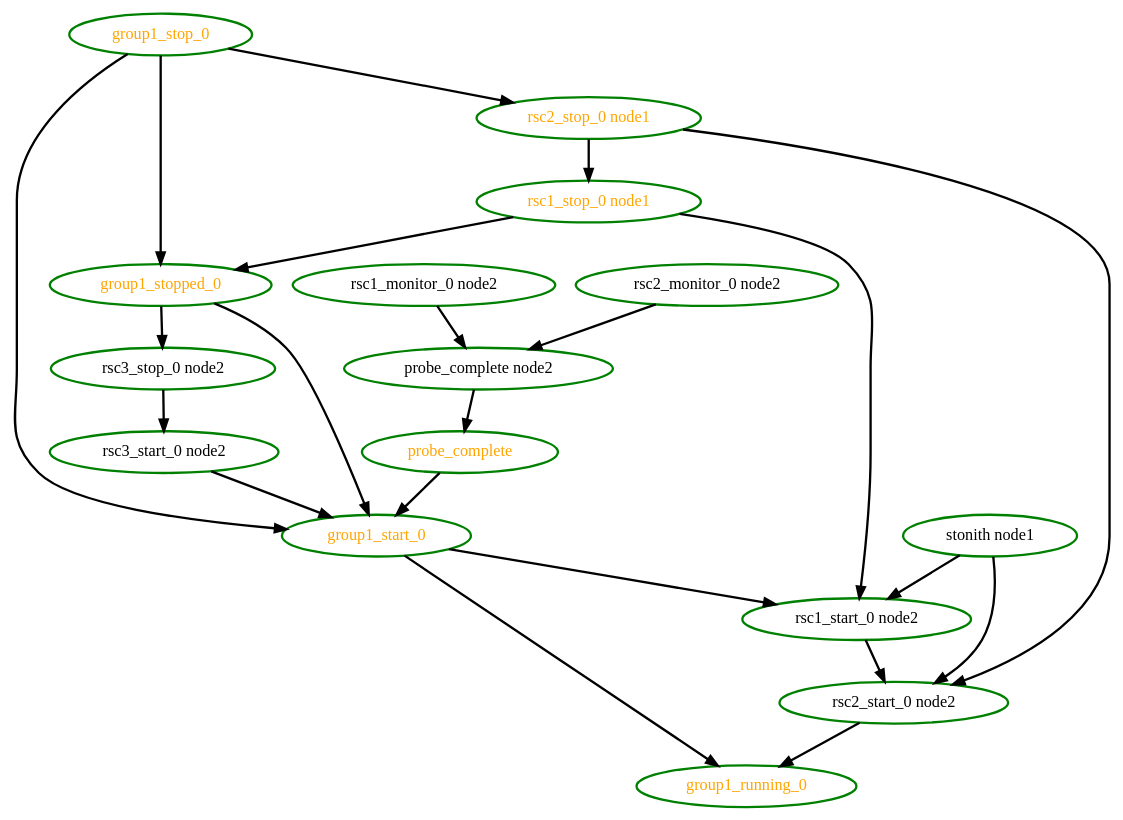
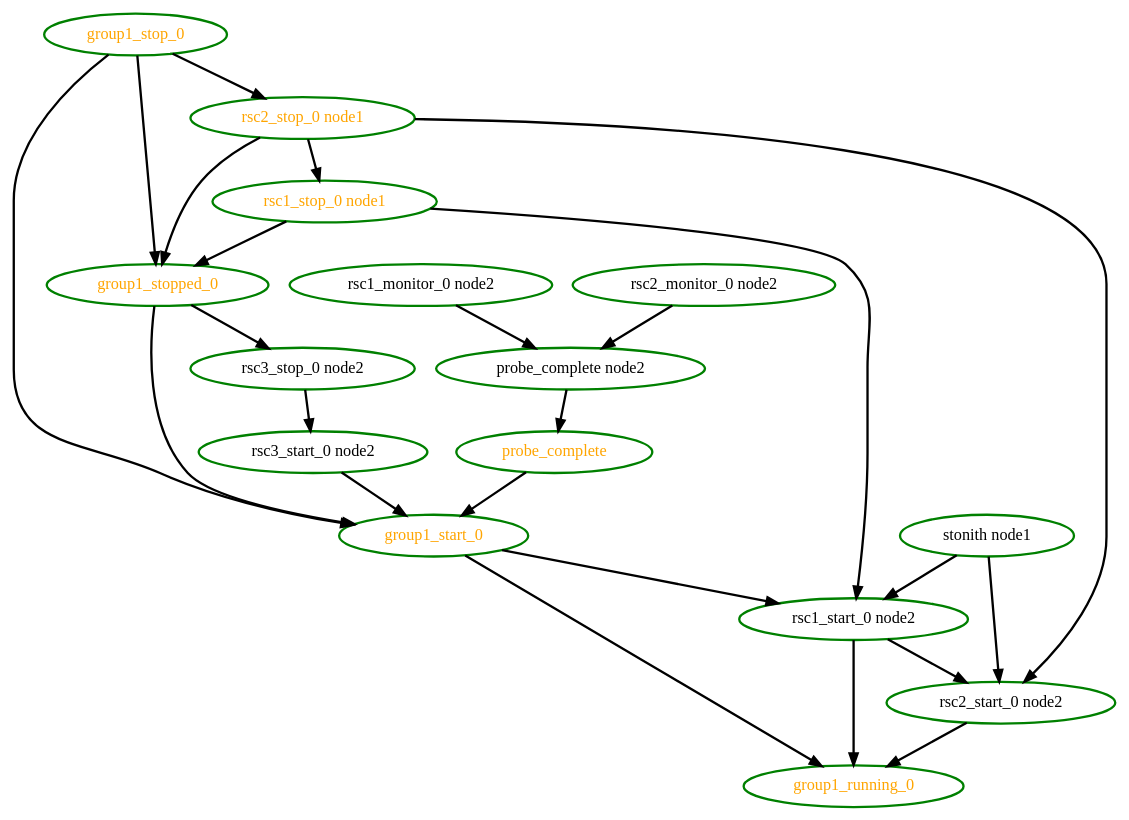
One commit to richiewen8/heartbeat changed the diagram in crm/pengine/testcases/rec-node-11.dot. Above: the diagram before and after it, drawn with Graphviz. The commit also changed 40 other files, not shown here.

```diff
--- a/crm/pengine/testcases/rec-node-11.dot
+++ b/crm/pengine/testcases/rec-node-11.dot
@@ -1,38 +1,40 @@
  digraph "g" {
 "group1_running_0" [ style=bold color="green" fontcolor="orange" ]
 "group1_start_0" -> "group1_running_0" [ style = bold]
 "group1_start_0" -> "rsc1_start_0 node2" [ style = bold]
 "group1_start_0" [ style=bold color="green" fontcolor="orange" ]
 "group1_stop_0" -> "group1_start_0" [ style = bold]
 "group1_stop_0" -> "group1_stopped_0" [ style = bold]
 "group1_stop_0" -> "rsc2_stop_0 node1" [ style = bold]
 "group1_stop_0" [ style=bold color="green" fontcolor="orange" ]
 "group1_stopped_0" -> "group1_start_0" [ style = bold]
 "group1_stopped_0" -> "rsc3_stop_0 node2" [ style = bold]
 "group1_stopped_0" [ style=bold color="green" fontcolor="orange" ]
 "probe_complete node2" -> "probe_complete" [ style = bold]
 "probe_complete node2" [ style=bold color="green" fontcolor="black" ]
 "probe_complete" -> "group1_start_0" [ style = bold]
 "probe_complete" [ style=bold color="green" fontcolor="orange" ]
 "rsc1_monitor_0 node2" -> "probe_complete node2" [ style = bold]
 "rsc1_monitor_0 node2" [ style=bold color="green" fontcolor="black" ]
+"rsc1_start_0 node2" -> "group1_running_0" [ style = bold]
 "rsc1_start_0 node2" -> "rsc2_start_0 node2" [ style = bold]
 "rsc1_start_0 node2" [ style=bold color="green" fontcolor="black" ]
 "rsc1_stop_0 node1" -> "group1_stopped_0" [ style = bold]
 "rsc1_stop_0 node1" -> "rsc1_start_0 node2" [ style = bold]
 "rsc1_stop_0 node1" [ style=bold color="green" fontcolor="orange" ]
 "rsc2_monitor_0 node2" -> "probe_complete node2" [ style = bold]
 "rsc2_monitor_0 node2" [ style=bold color="green" fontcolor="black" ]
 "rsc2_start_0 node2" -> "group1_running_0" [ style = bold]
 "rsc2_start_0 node2" [ style=bold color="green" fontcolor="black" ]
+"rsc2_stop_0 node1" -> "group1_stopped_0" [ style = bold]
 "rsc2_stop_0 node1" -> "rsc1_stop_0 node1" [ style = bold]
 "rsc2_stop_0 node1" -> "rsc2_start_0 node2" [ style = bold]
 "rsc2_stop_0 node1" [ style=bold color="green" fontcolor="orange" ]
 "rsc3_start_0 node2" -> "group1_start_0" [ style = bold]
 "rsc3_start_0 node2" [ style=bold color="green" fontcolor="black" ]
 "rsc3_stop_0 node2" -> "rsc3_start_0 node2" [ style = bold]
 "rsc3_stop_0 node2" [ style=bold color="green" fontcolor="black" ]
 "stonith node1" -> "rsc1_start_0 node2" [ style = bold]
 "stonith node1" -> "rsc2_start_0 node2" [ style = bold]
 "stonith node1" [ style=bold color="green" fontcolor="black" ]
 }
```
